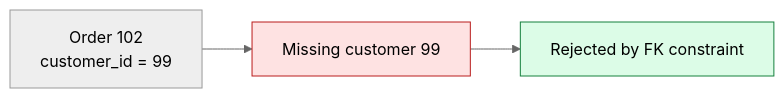
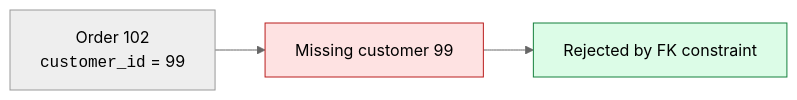
Before and after one commit to dataslope/dataslope: the fifth of 7 diagrams in content/learn/database-design-postgresql/foreign-keys.mdx, drawn with Mermaid (neutral theme). The commit also changed other lines of this file and 218 other files, not shown here.

First line of the commit message:
Render code-only mermaid shapes in monospace; convert step sequences to Steps (#467)

````diff
--- a/content/learn/database-design-postgresql/foreign-keys.mdx
+++ b/content/learn/database-design-postgresql/foreign-keys.mdx
@@ -139,7 +139,7 @@
 ```mermaid
 flowchart LR
-    O["Order 102<br/>customer_id = 99"] --> M["Missing customer 99"]:::bad
+    O["Order 102<br/><code>customer_id</code> = 99"] --> M["Missing customer 99"]:::bad
     M --> R["Rejected by FK constraint"]:::good
     classDef bad fill:#fee2e2,stroke:#b91c1c
     classDef good fill:#dcfce7,stroke:#15803d
 ```
````
